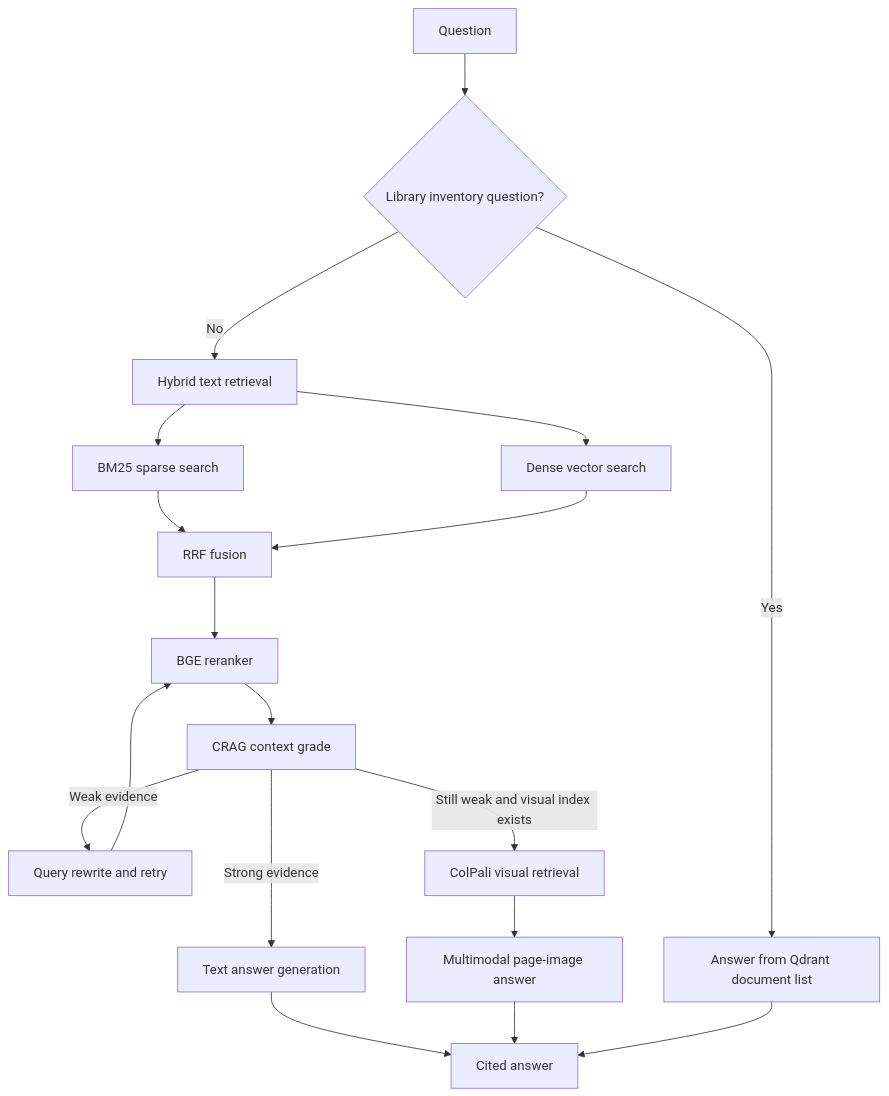
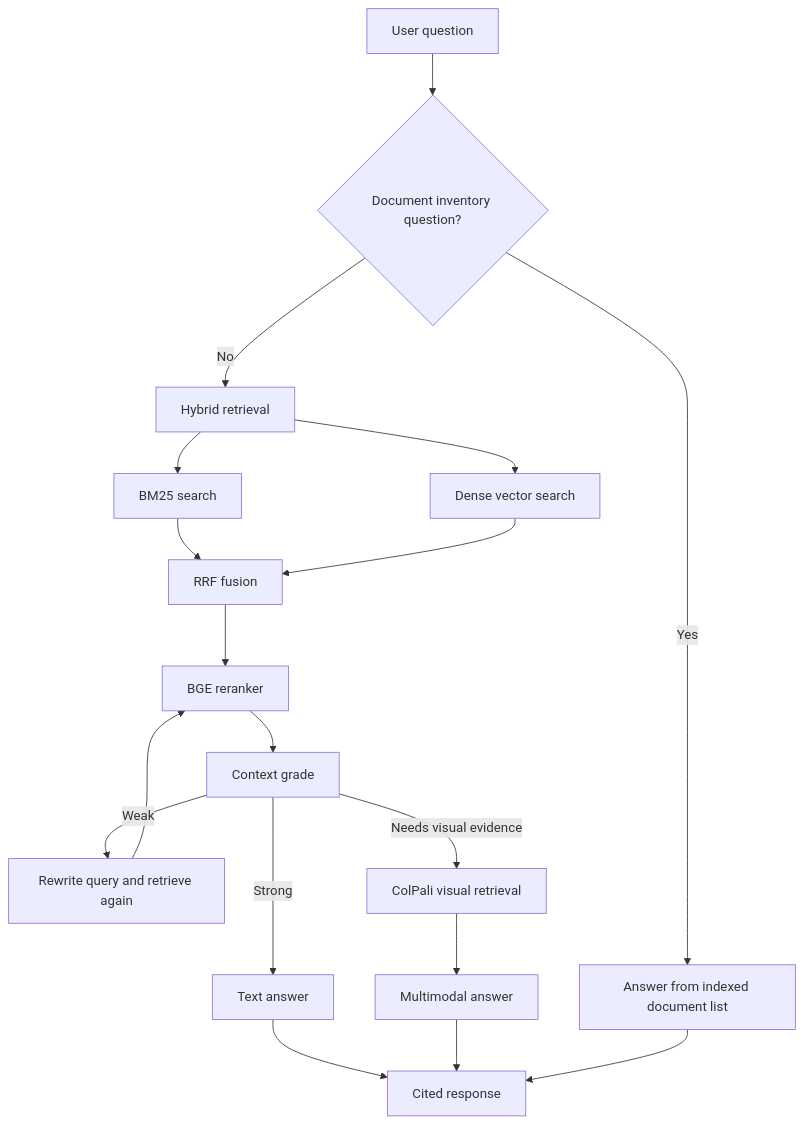
Before and after one commit to charan-x16/Retriva: the second of 2 diagrams in README.md, drawn with Mermaid. The commit also changed other lines of this file, not shown here.

````diff
--- a/README.md
+++ b/README.md
@@ -97,23 +103,23 @@
 ```mermaid
 flowchart TD
-    Q[Question] --> L{Library inventory question?}
-    L -->|Yes| DOCS[Answer from Qdrant document list]
-    L -->|No| H[Hybrid text retrieval]
+    Q[User question] --> A{Document inventory question?}
+    A -->|Yes| DOCS[Answer from indexed document list]
+    A -->|No| R[Hybrid retrieval]
 
-    H --> B[BM25 sparse search]
-    H --> D[Dense vector search]
-    B --> RRF[RRF fusion]
-    D --> RRF
-    RRF --> RR[BGE reranker]
-    RR --> G[CRAG context grade]
+    R --> B[BM25 search]
+    R --> C[Dense vector search]
+    B --> D[RRF fusion]
+    C --> D
+    D --> E[BGE reranker]
+    E --> F[Context grade]
 
-    G -->|Strong evidence| AT[Text answer generation]
-    G -->|Weak evidence| W[Query rewrite and retry]
-    W --> RR
-    G -->|Still weak and visual index exists| CV[ColPali visual retrieval]
-    CV --> VM[Multimodal page-image answer]
+    F -->|Strong| G[Text answer]
+    F -->|Weak| H[Rewrite query and retrieve again]
+    H --> E
+    F -->|Needs visual evidence| I[ColPali visual retrieval]
+    I --> J[Multimodal answer]
 
-    AT --> OUT[Cited answer]
-    VM --> OUT
+    G --> OUT[Cited response]
+    J --> OUT
     DOCS --> OUT
 ```
````
